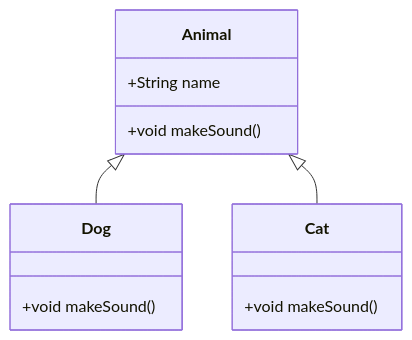
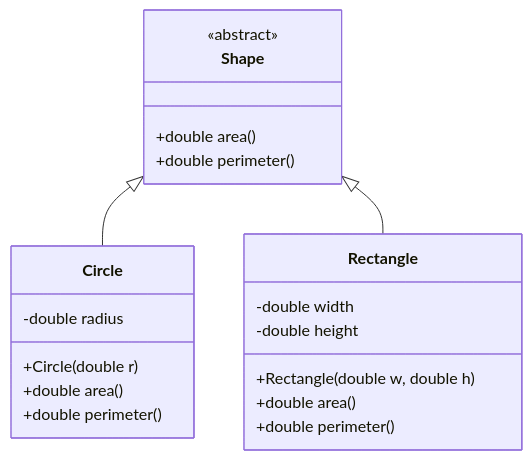
The diagram in java-fundamentals/README.md (VrushankPatel/interview-matters), drawn with Mermaid before and after one commit. The commit also changed other lines of this file and 5 other files, not shown here.

````diff
--- a/java-fundamentals/README.md
+++ b/java-fundamentals/README.md
@@ -50,15 +59,23 @@
 ```mermaid
 classDiagram
-    class Animal {
-        +String name
-        +void makeSound()
+    class Shape {
+        <<abstract>>
+        +double area()
+        +double perimeter()
     }
-    class Dog {
-        +void makeSound()
+    class Circle {
+        -double radius
+        +Circle(double r)
+        +double area()
+        +double perimeter()
     }
-    class Cat {
-        +void makeSound()
+    class Rectangle {
+        -double width
+        -double height
+        +Rectangle(double w, double h)
+        +double area()
+        +double perimeter()
     }
-    Animal <|-- Dog
-    Animal <|-- Cat
+    Shape <|-- Circle
+    Shape <|-- Rectangle
 ```
````
